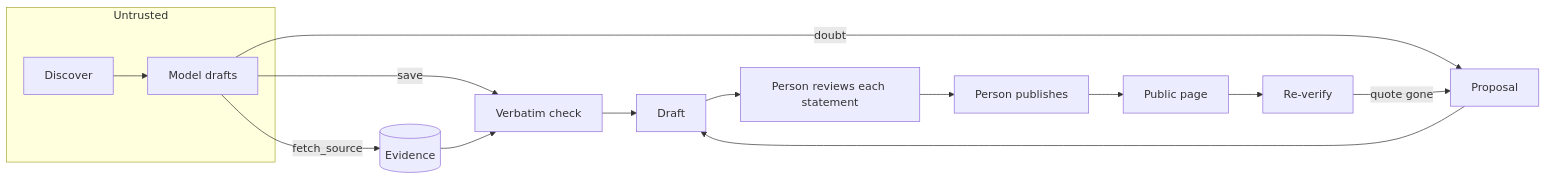
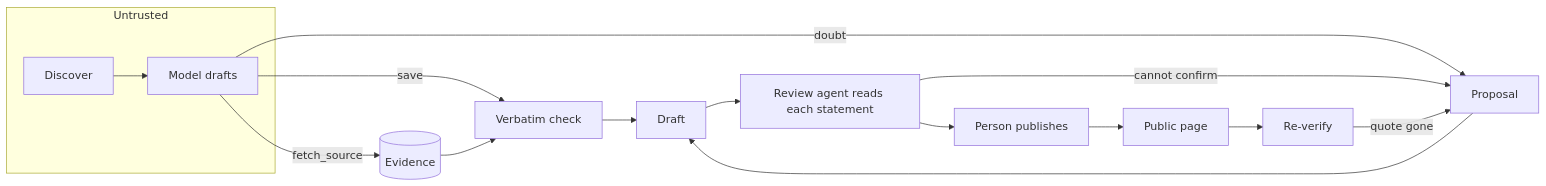
The first of 2 diagrams in README.md (nazanindev/defensiverenting), drawn with Mermaid before and after one commit. The commit also changed other lines of this file, not shown here.

Commit message:
README: review agent reads, a person publishes, checker runs weekly

````diff
--- a/README.md
+++ b/README.md
@@ -19,17 +19,18 @@
 ```mermaid
 flowchart LR
     subgraph untrusted [Untrusted]
         D[Discover] --> M[Model drafts]
     end
     M -- fetch_source --> E[(Evidence)]
     M -- save --> S[Verbatim check]
     E --> S
     S --> R[Draft]
     M -- doubt --> Q
-    R --> W[Person reviews each statement]
+    R --> W[Review agent reads each statement]
+    W -- cannot confirm --> Q
     W --> P[Person publishes]
     P --> L[Public page]
     L --> V[Re-verify]
     V -- quote gone --> Q[Proposal]
     Q --> R
 ```
````
